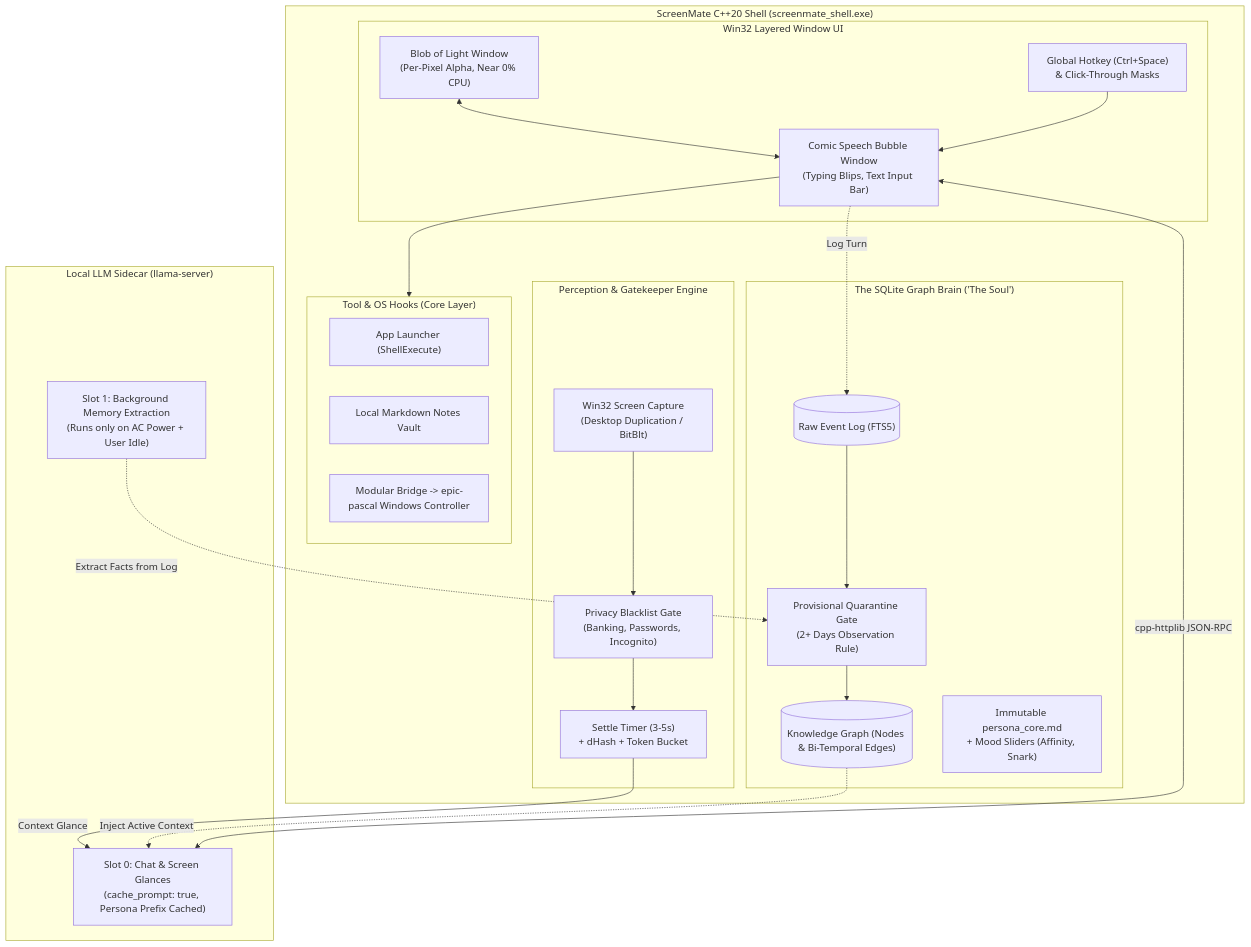
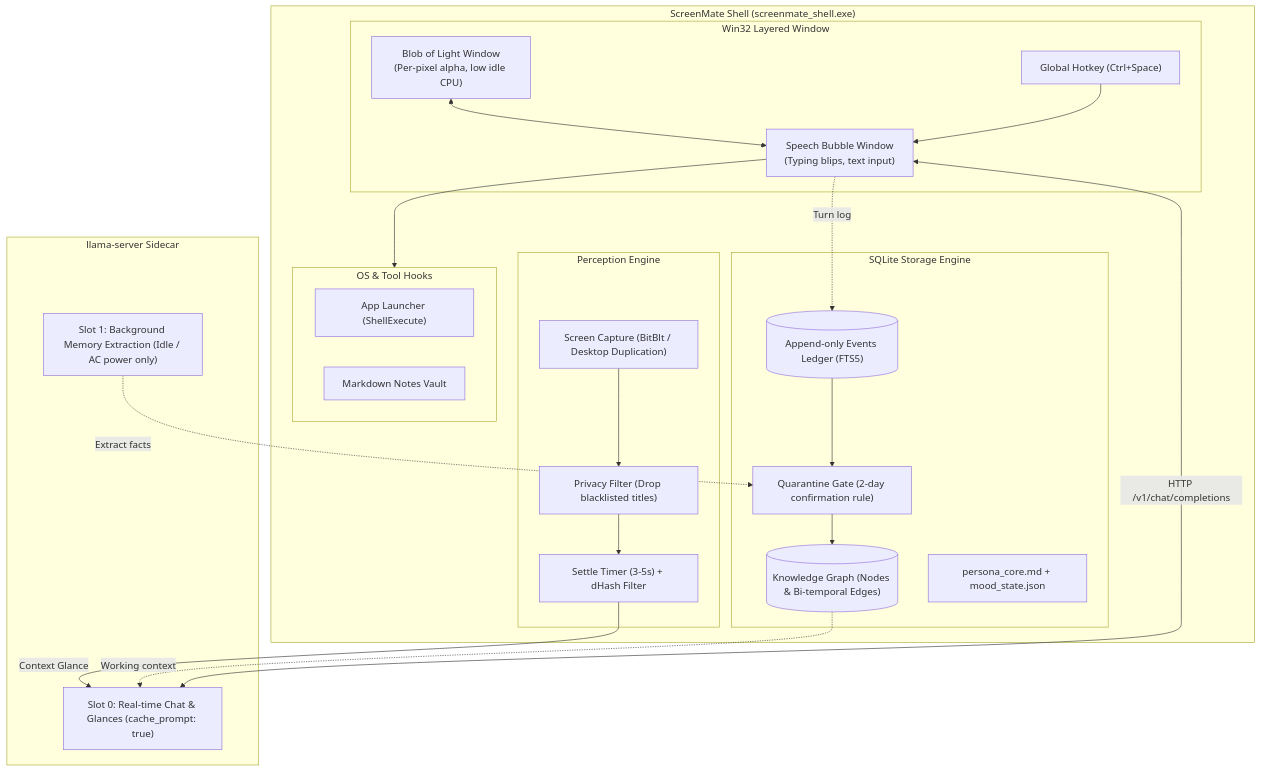
The diagram in README.md (alanbodaubay/AI-assistant-), drawn with Mermaid before and after one commit. The commit also changed other lines of this file, not shown here.

````diff
--- a/README.md
+++ b/README.md
@@ -32,44 +13,43 @@
 ```mermaid
 flowchart TB
-    subgraph Host["ScreenMate C++20 Shell (screenmate_shell.exe)"]
-        subgraph UI["Win32 Layered Window UI"]
-            BlobWindow["Blob of Light Window\n(Per-Pixel Alpha, Near 0% CPU)"]
-            BubbleWindow["Comic Speech Bubble Window\n(Typing Blips, Text Input Bar)"]
-            Hotkey["Global Hotkey (Ctrl+Space)\n& Click-Through Masks"]
+    subgraph Host["ScreenMate Shell (screenmate_shell.exe)"]
+        subgraph UI["Win32 Layered Window"]
+            BlobWindow["Blob of Light Window\n(Per-pixel alpha, low idle CPU)"]
+            BubbleWindow["Speech Bubble Window\n(Typing blips, text input)"]
+            Hotkey["Global Hotkey (Ctrl+Space)"]
         end
 
-        subgraph Perception["Perception & Gatekeeper Engine"]
-            Capture["Win32 Screen Capture\n(Desktop Duplication / BitBlt)"]
-            PrivacyFilter["Privacy Blacklist Gate\n(Banking, Passwords, Incognito)"]
-            Gatekeeper["Settle Timer (3-5s)\n+ dHash + Token Bucket"]
+        subgraph Perception["Perception Engine"]
+            Capture["Screen Capture (BitBlt / Desktop Duplication)"]
+            PrivacyFilter["Privacy Filter (Drop blacklisted titles)"]
+            Gatekeeper["Settle Timer (3-5s) + dHash Filter"]
         end
 
-        subgraph Memory["The SQLite Graph Brain ('The Soul')"]
-            EventLog[("Raw Event Log (FTS5)")]
-            GraphStore[("Knowledge Graph (Nodes & Bi-Temporal Edges)")]
-            Quarantine["Provisional Quarantine Gate\n(2+ Days Observation Rule)"]
-            Persona["Immutable persona_core.md\n+ Mood Sliders (Affinity, Snark)"]
+        subgraph Memory["SQLite Storage Engine"]
+            EventLog[("Append-only Events Ledger (FTS5)")]
+            GraphStore[("Knowledge Graph (Nodes & Bi-temporal Edges)")]
+            Quarantine["Quarantine Gate (2-day confirmation rule)"]
+            Persona["persona_core.md + mood_state.json"]
         end
 
-        subgraph ToolHooks["Tool & OS Hooks (Core Layer)"]
+        subgraph ToolHooks["OS & Tool Hooks"]
             AppLauncher["App Launcher (ShellExecute)"]
-            NotesVault["Local Markdown Notes Vault"]
-            ExtBridge["Modular Bridge -> epic-pascal Windows Controller"]
+            NotesVault["Markdown Notes Vault"]
         end
     end
 
-    subgraph Sidecar["Local LLM Sidecar (llama-server)"]
-        Slot0["Slot 0: Chat & Screen Glances\n(cache_prompt: true, Persona Prefix Cached)"]
-        Slot1["Slot 1: Background Memory Extraction\n(Runs only on AC Power + User Idle)"]
+    subgraph Sidecar["llama-server Sidecar"]
+        Slot0["Slot 0: Real-time Chat & Glances (cache_prompt: true)"]
+        Slot1["Slot 1: Background Memory Extraction (Idle / AC power only)"]
     end
 
     Hotkey --> BubbleWindow
     BlobWindow <--> BubbleWindow
-    BubbleWindow <-->|cpp-httplib JSON-RPC| Slot0
+    BubbleWindow <-->|HTTP /v1/chat/completions| Slot0
     Capture --> PrivacyFilter --> Gatekeeper -->|Context Glance| Slot0
-    BubbleWindow -.->|Log Turn| EventLog
+    BubbleWindow -.->|Turn log| EventLog
     EventLog --> Quarantine --> GraphStore
-    GraphStore -.->|Inject Active Context| Slot0
-    Slot1 -.->|Extract Facts from Log| Quarantine
+    GraphStore -.->|Working context| Slot0
+    Slot1 -.->|Extract facts| Quarantine
     BubbleWindow --> ToolHooks
 ```
````
